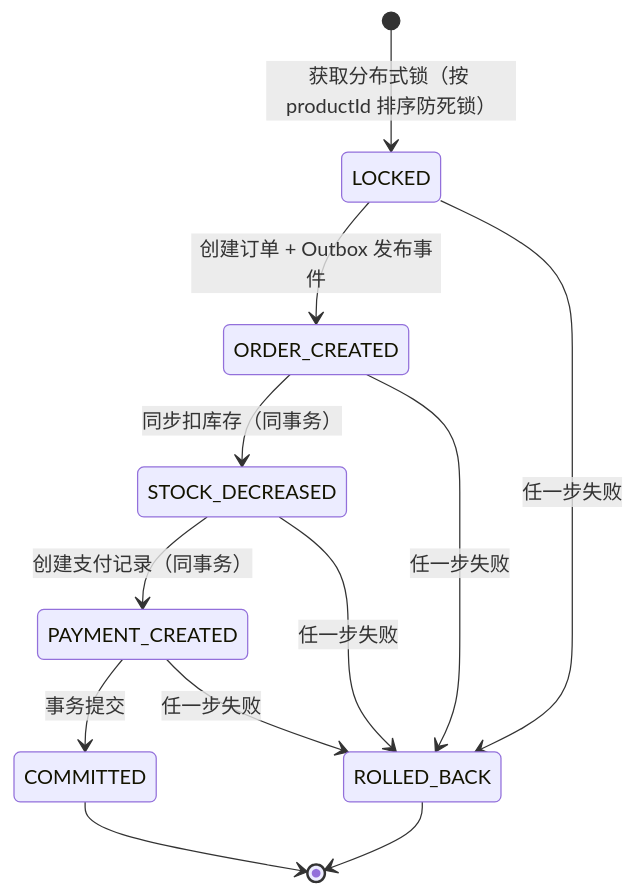
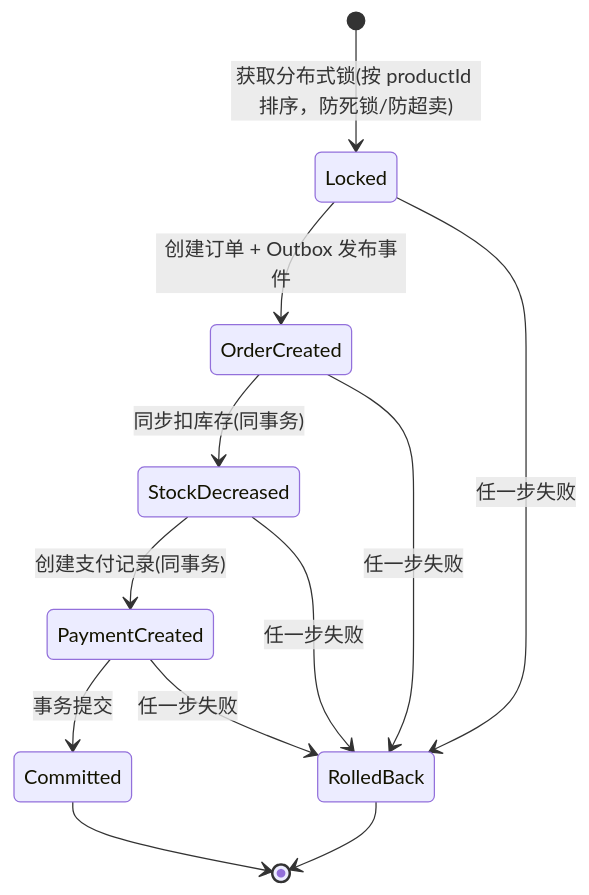
Before and after one commit to 471292781/EasyOrange: the second of 2 diagrams in README.md, drawn with Mermaid. The commit also changed other lines of this file and 12 other files, not shown here.

````diff
--- a/README.md
+++ b/README.md
@@ -100,14 +93,14 @@
 ```mermaid
 stateDiagram-v2
-    [*] --> LOCKED: 获取分布式锁（按 productId 排序防死锁）
-    LOCKED --> ORDER_CREATED: 创建订单 + Outbox 发布事件
-    ORDER_CREATED --> STOCK_DECREASED: 同步扣库存（同事务）
-    STOCK_DECREASED --> PAYMENT_CREATED: 创建支付记录（同事务）
-    PAYMENT_CREATED --> COMMITTED: 事务提交
-    LOCKED --> ROLLED_BACK: 任一步失败
-    ORDER_CREATED --> ROLLED_BACK: 任一步失败
-    STOCK_DECREASED --> ROLLED_BACK: 任一步失败
-    PAYMENT_CREATED --> ROLLED_BACK: 任一步失败
-    COMMITTED --> [*]
-    ROLLED_BACK --> [*]
+    [*] --> Locked: 获取分布式锁(按 productId 排序，防死锁/防超卖)
+    Locked --> OrderCreated: 创建订单 + Outbox 发布事件
+    OrderCreated --> StockDecreased: 同步扣库存(同事务)
+    StockDecreased --> PaymentCreated: 创建支付记录(同事务)
+    PaymentCreated --> Committed: 事务提交
+    Locked --> RolledBack: 任一步失败
+    OrderCreated --> RolledBack: 任一步失败
+    StockDecreased --> RolledBack: 任一步失败
+    PaymentCreated --> RolledBack: 任一步失败
+    Committed --> [*]
+    RolledBack --> [*]
 ```
````
